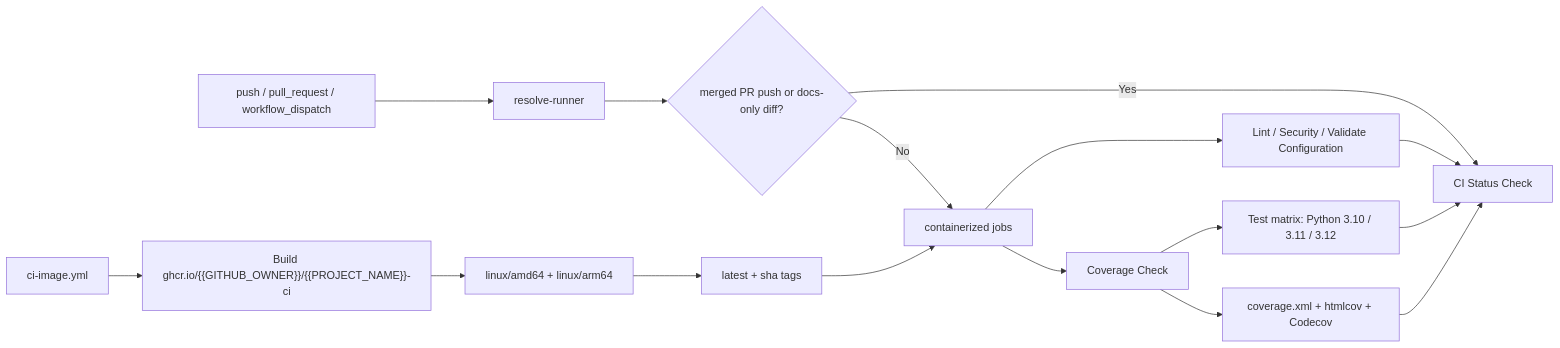
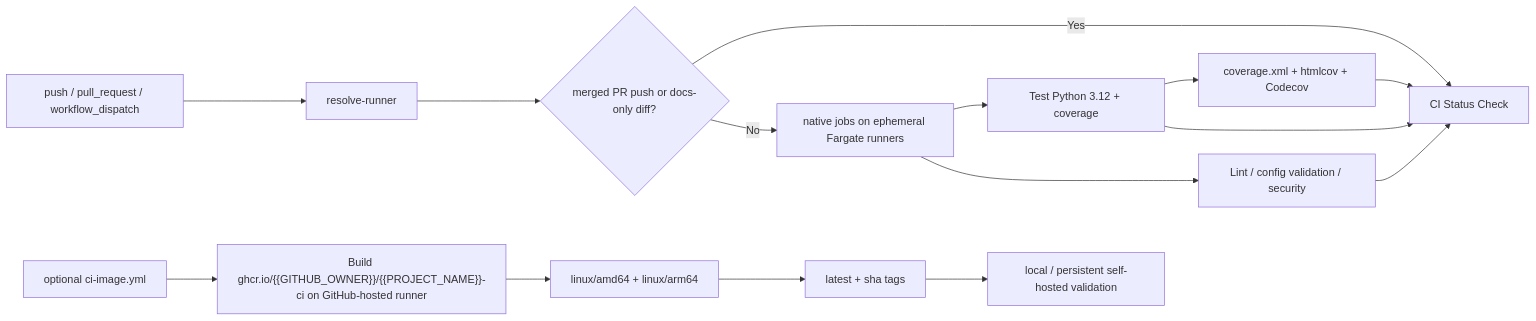
One commit to amendez13/python-project-template changed the diagram in docs/CI.md. Above: the diagram before and after it, drawn with Mermaid. The commit also changed other lines of this file and 10 other files, not shown here.

````diff
--- a/docs/CI.md
+++ b/docs/CI.md
@@ -150,19 +147,18 @@
 ```mermaid
 flowchart LR
     A["push / pull_request / workflow_dispatch"] --> B["resolve-runner"]
     B --> B1{"merged PR push or docs-only diff?"}
     B1 -- Yes --> H["CI Status Check"]
-    B1 -- No --> C["containerized jobs"]
-    C --> D["Coverage Check"]
-    C --> E["Lint / Security / Validate Configuration"]
-    D --> F["Test matrix: Python 3.10 / 3.11 / 3.12"]
+    B1 -- No --> C["native jobs on ephemeral Fargate runners"]
+    C --> D["Test Python 3.12 + coverage"]
+    C --> E["Lint / config validation / security"]
     D --> G["coverage.xml + htmlcov + Codecov"]
     E --> H
-    F --> H
+    D --> H
     G --> H
 
-    I["ci-image.yml"] --> J["Build ghcr.io/{{GITHUB_OWNER}}/{{PROJECT_NAME}}-ci"]
+    I["optional ci-image.yml"] --> J["Build ghcr.io/{{GITHUB_OWNER}}/{{PROJECT_NAME}}-ci on GitHub-hosted runner"]
     J --> K["linux/amd64 + linux/arm64"]
     K --> L["latest + sha tags"]
-    L --> C
+    L --> M["local / persistent self-hosted validation"]
 ```
````
